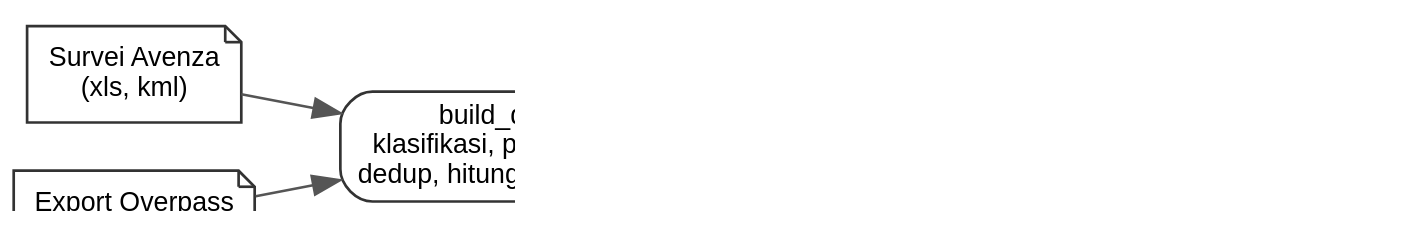
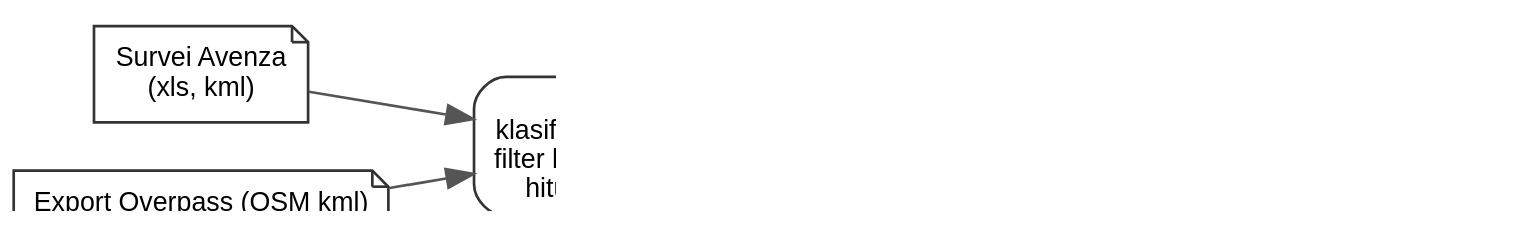
The diagram in laporan/diagram/alur_data.dot (davidsiagian02/jangkau-webgis), drawn with Graphviz before and after one commit. The commit also changed 35 other files, not shown here.

Commit message:
data: halte & jalan OSM; laporan diperbarui dengan hasil analisis baru

```diff
--- a/laporan/diagram/alur_data.dot
+++ b/laporan/diagram/alur_data.dot
@@ -1,8 +1,8 @@
 digraph G {
   rankdir=LR; graph [fontname="Arial", dpi=200, nodesep=0.25, ranksep=0.45]; node [fontname="Arial", fontsize=10, shape=box, style=rounded, color="#333333"]; edge [color="#555555", fontname="Arial", fontsize=9];
-  s1 [label="Survei Avenza\n(xls, kml)", shape=note]; s2 [label="Export Overpass\n(OSM kml)", shape=note];
-  p [label="build_data.py\nklasifikasi, pembersihan,\ndedup, hitung luas/panjang"];
+  s1 [label="Survei Avenza\n(xls, kml)", shape=note]; s2 [label="Export Overpass (OSM kml)\nsekolah, halte, jalan", shape=note];
+  p [label="build_data.py\nklasifikasi, pembersihan,\nfilter halte umum, dedup,\nhitung luas/panjang"];
   o1 [label="db/seed.sql", shape=note]; o2 [label="public/data/*.geojson", shape=note];
   db [label="PostGIS\n(npm run db:setup)", shape=cylinder]; w [label="Web (mode\ncadangan)"];
   s1 -> p; s2 -> p; p -> o1 -> db; p -> o2 -> w;
 }
```
